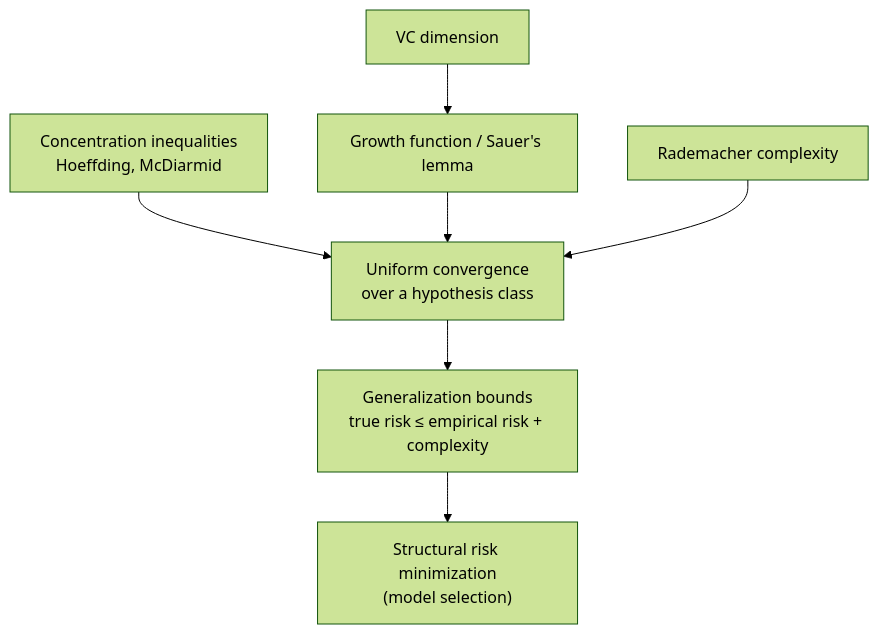
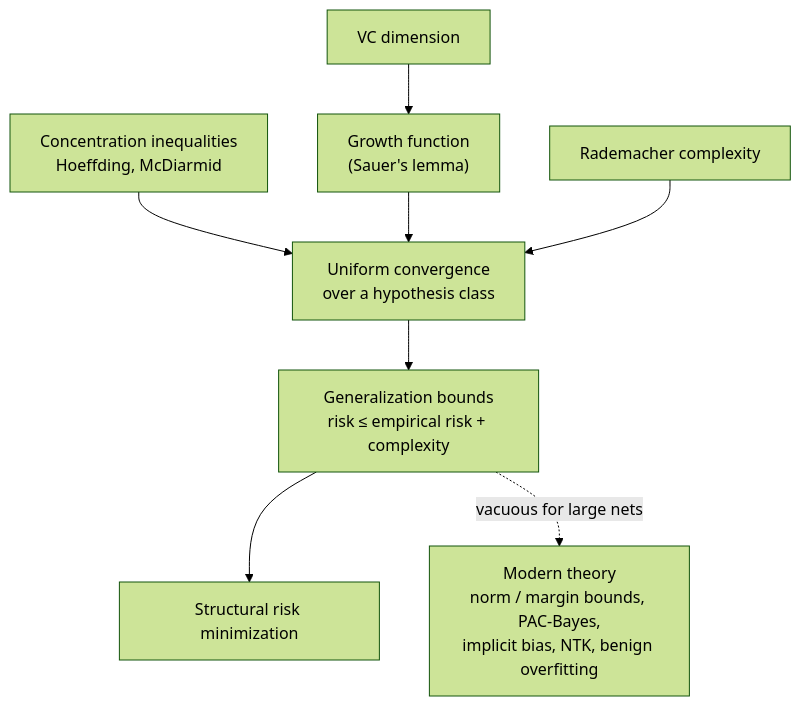
The first of 2 diagrams in github-pages/docs/advanced/ai-mathematics.md (AndrewAltimit/Documentation), drawn with Mermaid (forest theme) before and after one commit. The commit also changed other lines of this file and 240 other files, not shown here.

````diff
--- a/github-pages/docs/advanced/ai-mathematics.md
+++ b/github-pages/docs/advanced/ai-mathematics.md
@@ -26,9 +22,9 @@
 ```mermaid
 flowchart TD
     CI["Concentration inequalities<br/>Hoeffding, McDiarmid"] --> UC["Uniform convergence<br/>over a hypothesis class"]
-    GF["Growth function / Sauer's lemma"] --> UC
-    VC["VC dimension"] --> GF
+    VC["VC dimension"] --> GF["Growth function<br/>(Sauer's lemma)"] --> UC
     RC["Rademacher complexity"] --> UC
-    UC --> GB["Generalization bounds<br/>true risk &le; empirical risk + complexity"]
-    GB --> SRM["Structural risk minimization<br/>(model selection)"]
+    UC --> GB["Generalization bounds<br/>risk &le; empirical risk + complexity"]
+    GB --> SRM["Structural risk minimization"]
+    GB -. "vacuous for large nets" .-> MOD["Modern theory<br/>norm / margin bounds, PAC-Bayes,<br/>implicit bias, NTK, benign overfitting"]
 ```
````
